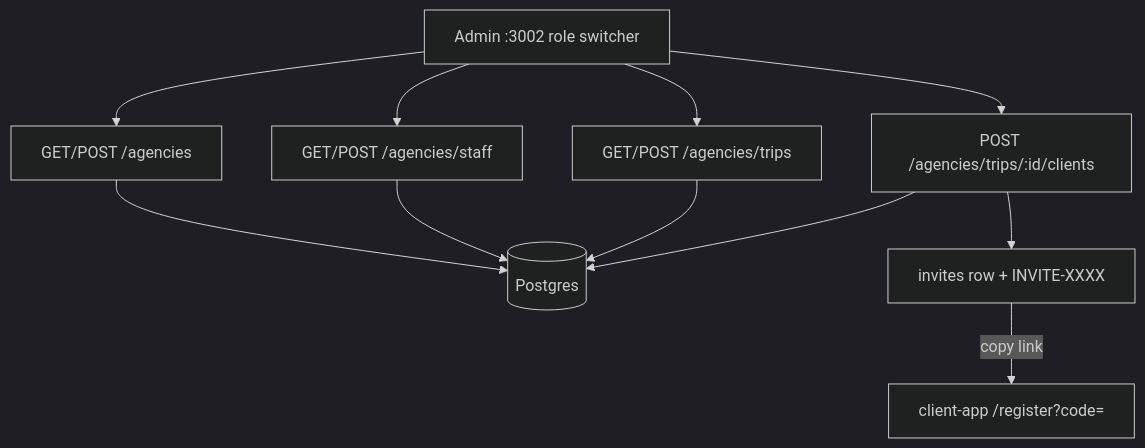
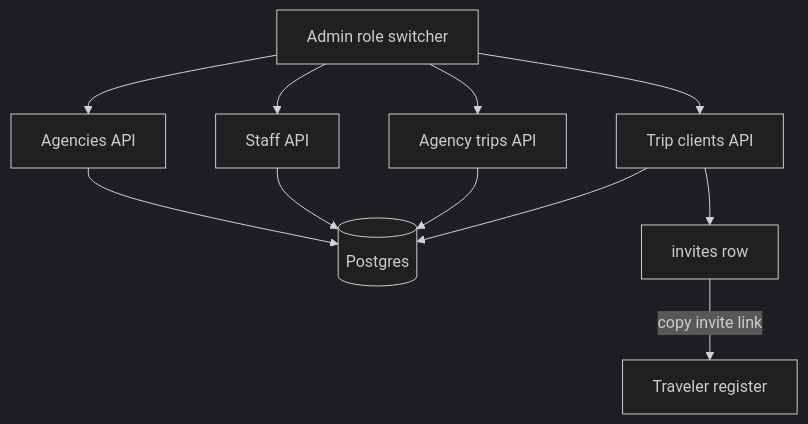
Before and after one commit to zsolt-molnar/travel-bug: the third of 3 diagrams in docs/index.md, drawn with Mermaid (dark theme). The commit also changed other lines of this file, not shown here.

````diff
--- a/docs/index.md
+++ b/docs/index.md
@@ -123,22 +123,22 @@
 ```mermaid
 flowchart TD
-  admin["Admin :3002 role switcher"]
-  agencies["GET/POST /agencies"]
-  staff["GET/POST /agencies/staff"]
-  agencyTrips["GET/POST /agencies/trips"]
-  clients["POST /agencies/trips/:id/clients"]
-  inviteRow["invites row + INVITE-XXXX"]
-  register["client-app /register?code="]
+  admin[Admin role switcher]
+  agencies[Agencies API]
+  staff[Staff API]
+  agencyTrips[Agency trips API]
+  clients[Trip clients API]
+  inviteRow[invites row]
+  register[Traveler register]
   pg[(Postgres)]
 
   admin --> agencies
   admin --> staff
   admin --> agencyTrips
   admin --> clients
   agencies --> pg
   staff --> pg
   agencyTrips --> pg
   clients --> pg
   clients --> inviteRow
-  inviteRow -->|"copy link"| register
+  inviteRow -->|copy invite link| register
 ```
````
